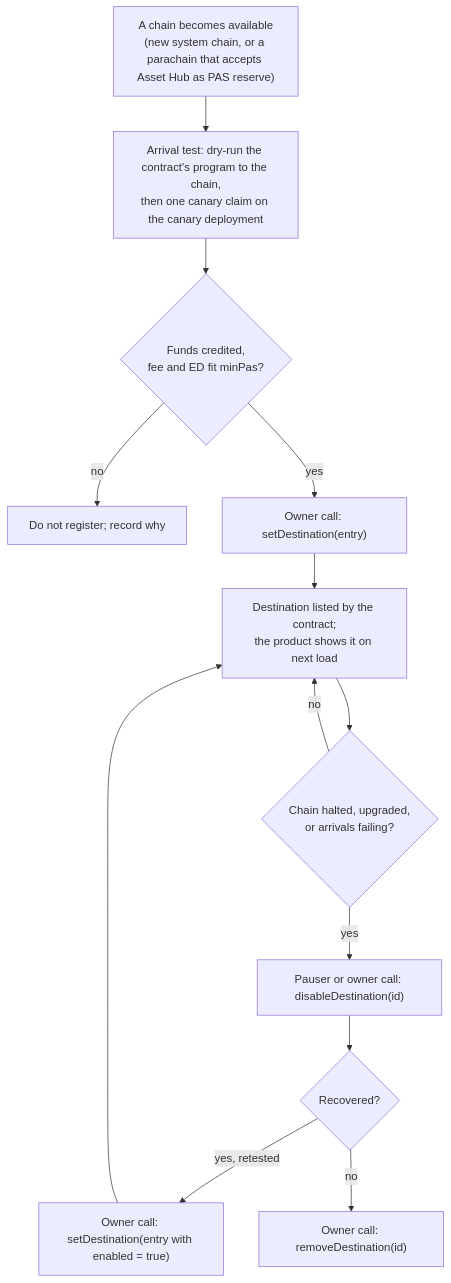
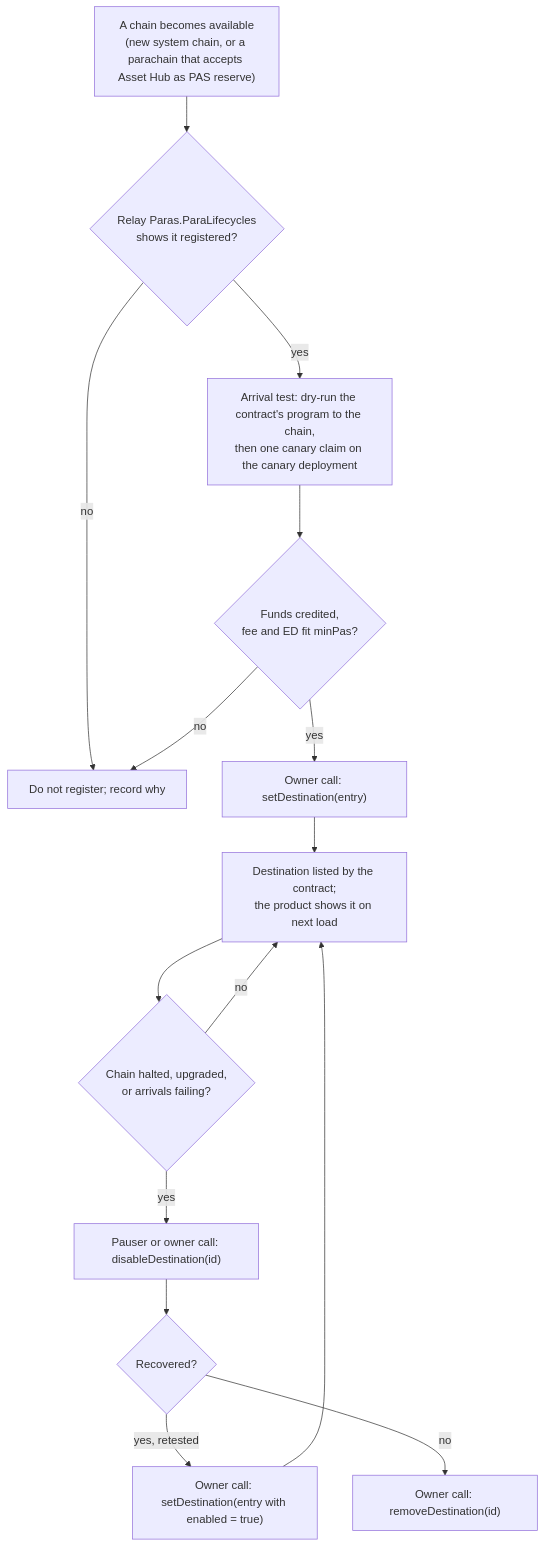
The seventh of 7 diagrams in docs/SPEC.md (paseo-network/paseo-faucet), drawn with Mermaid before and after one commit. The commit also changed other lines of this file and 3 other files, not shown here.

````diff
--- a/docs/SPEC.md
+++ b/docs/SPEC.md
@@ -483,14 +499,16 @@
 ```mermaid
 flowchart TD
-  N["A chain becomes available<br/>(new system chain, or a parachain that accepts Asset Hub as PAS reserve)"] --> T["Arrival test: dry-run the contract's program to the chain,<br/>then one canary claim on the canary deployment"]
+  N["A chain becomes available<br/>(new system chain, or a parachain that accepts Asset Hub as PAS reserve)"] --> G{"Relay Paras.ParaLifecycles<br/>shows it registered?"}
+  G -- no --> X
+  G -- yes --> T["Arrival test: dry-run the contract's program to the chain,<br/>then one canary claim on the canary deployment"]
   T --> OK{"Funds credited,<br/>fee and ED fit minPas?"}
   OK -- no --> X["Do not register; record why"]
   OK -- yes --> S["Owner call: setDestination(entry)"]
   S --> L["Destination listed by the contract;<br/>the product shows it on next load"]
   L --> M{"Chain halted, upgraded,<br/>or arrivals failing?"}
   M -- no --> L
   M -- yes --> D["Pauser or owner call: disableDestination(id)"]
   D --> R{"Recovered?"}
   R -- yes, retested --> E["Owner call: setDestination(entry with enabled = true)"] --> L
   R -- no --> RM["Owner call: removeDestination(id)"]
 ```
````
